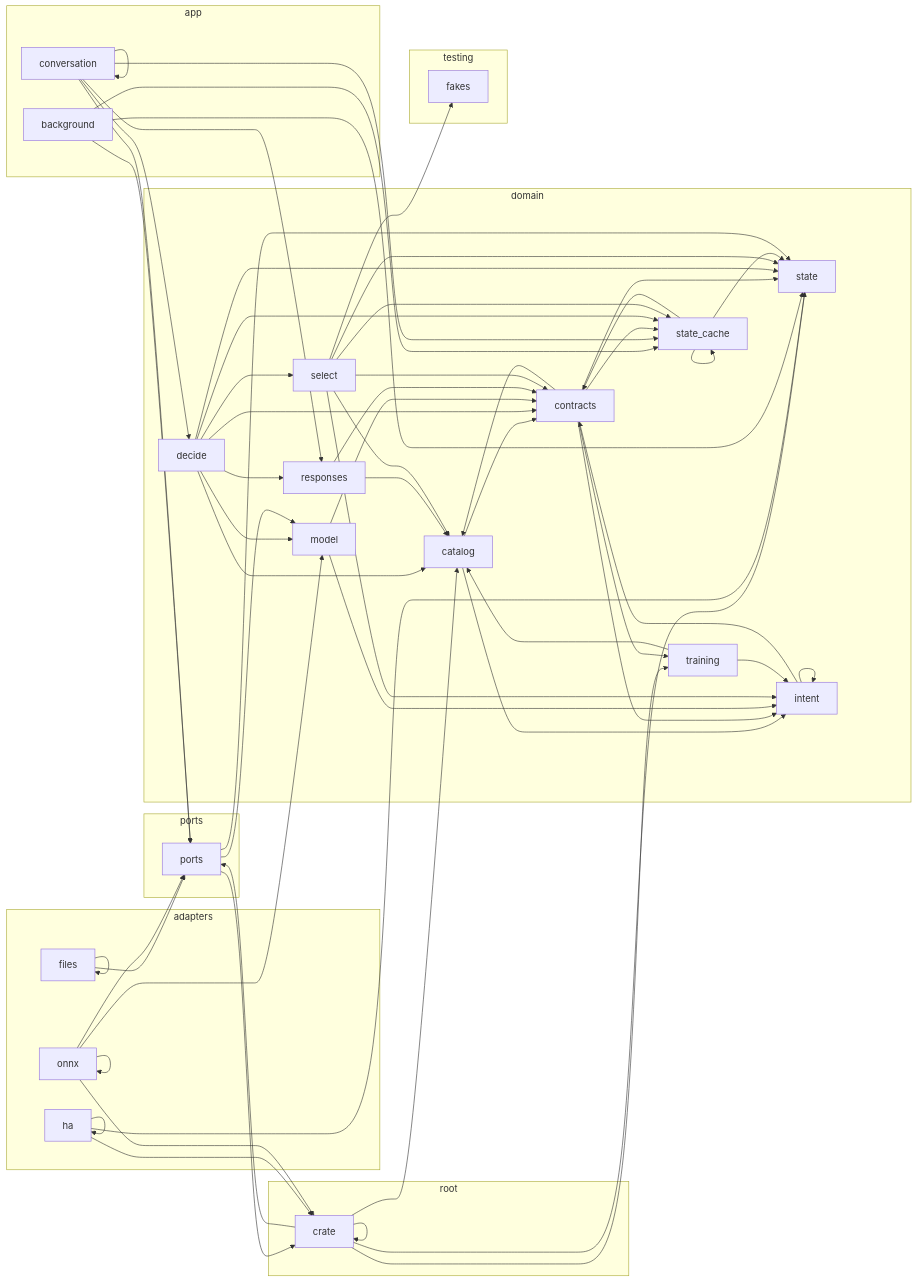
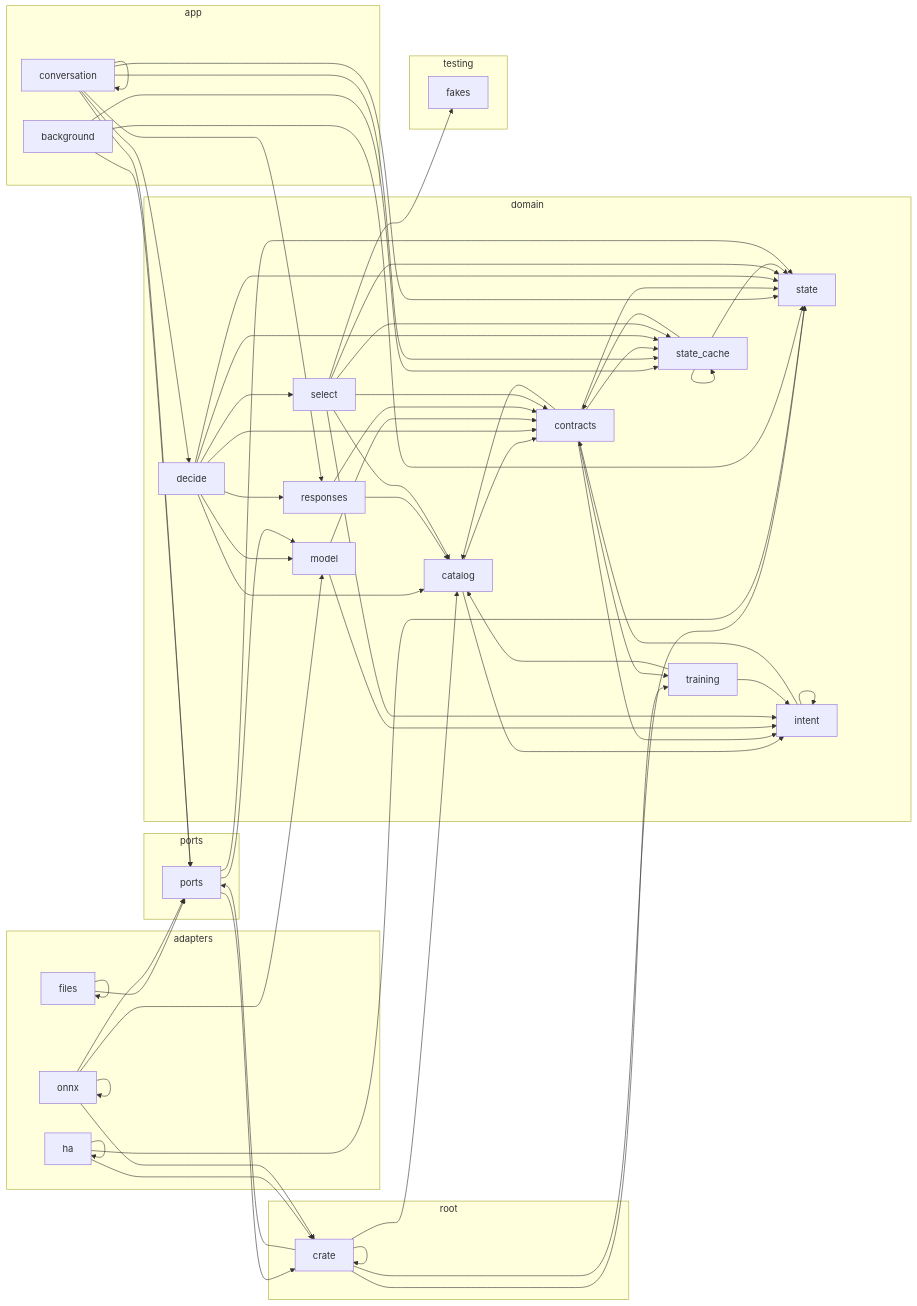
The diagram in docs/architecture.md (louislang/ha-jarvis), drawn with Mermaid before and after one commit. The commit also changed 1 other file, not shown here.

Commit message:
4.9c Failed Reply Announce
Dispatch now takes the satellite of the request and increases its generation. When the service call of a reply fails, the background work logs the error and, with a satellite, queues a `failure` answer with the generation of its request and records its use, so the user hears that the command did not work and a newer request drops the stale answer.

```diff
--- a/docs/architecture.md
+++ b/docs/architecture.md
@@ -54,6 +54,7 @@
     crate_app_conversation --> crate_app_conversation
     crate_app_conversation --> crate_domain_decide
     crate_app_conversation --> crate_domain_responses
+    crate_app_conversation --> crate_domain_state
     crate_app_conversation --> crate_domain_state_cache
     crate_app_conversation --> crate_ports
     crate_domain_catalog --> crate_domain_contracts
```
